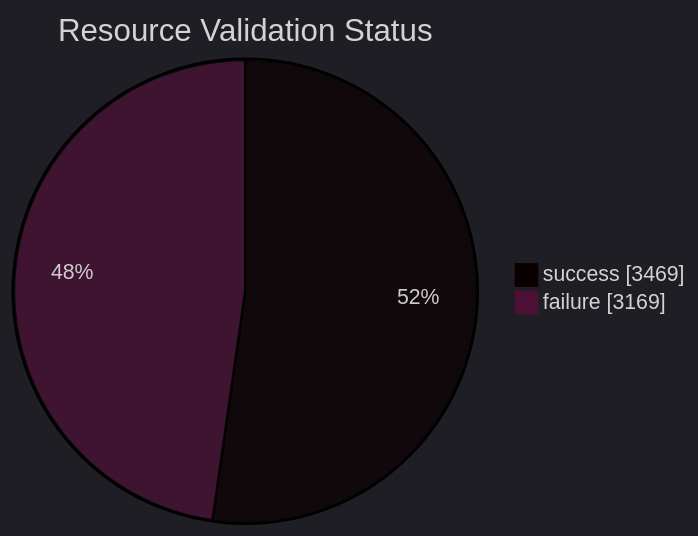
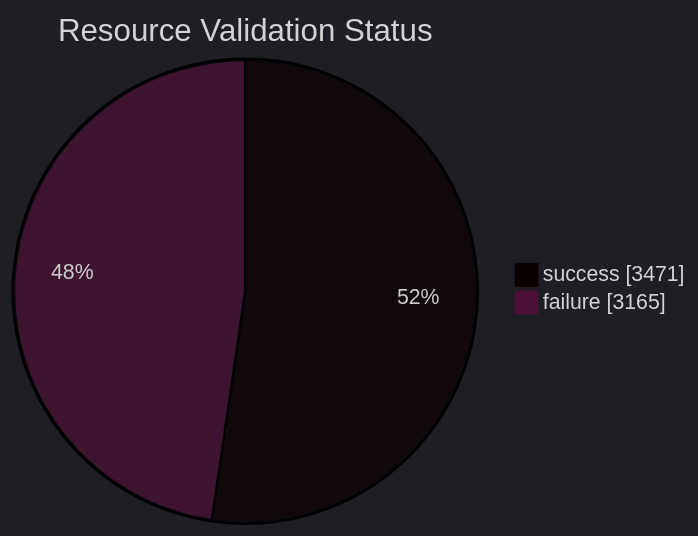
The diagram in datastore_tracker/resource_validation_status_pie_chart.md (open-data/analytics-corporate-reporting), drawn with Mermaid before and after one commit. The commit also changed 7 other files, not shown here.

````diff
--- a/datastore_tracker/resource_validation_status_pie_chart.md
+++ b/datastore_tracker/resource_validation_status_pie_chart.md
@@ -2,9 +2,9 @@
 ```mermaid
 ---
 config:
   theme: dark
 ---
 pie showData title Resource Validation Status
-    "success": 3469
-    "failure": 3169
+    "success": 3471
+    "failure": 3165
 ```
````
